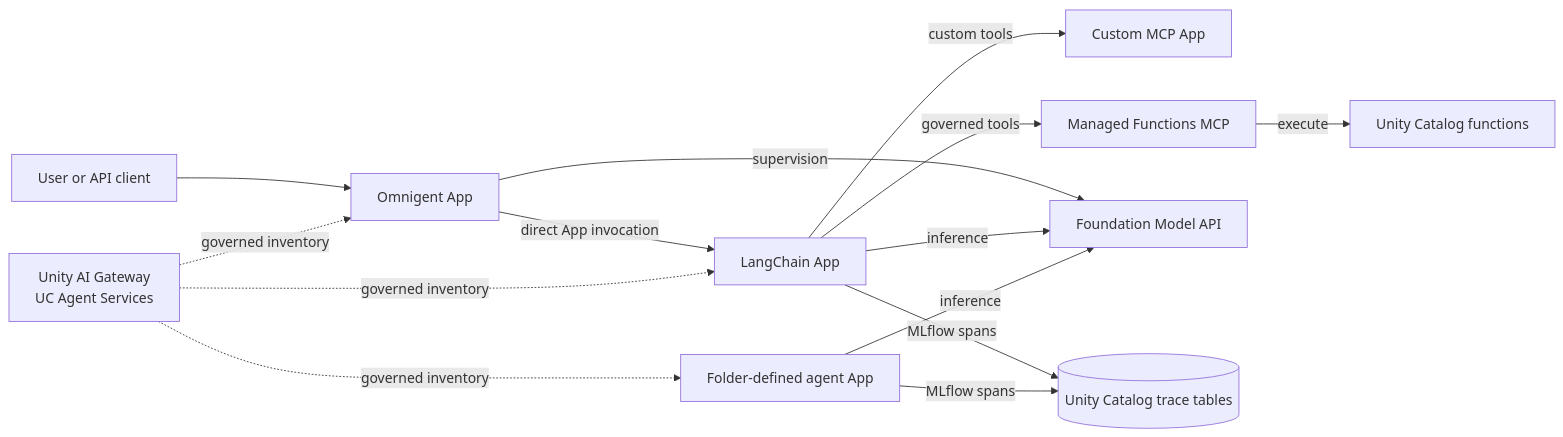
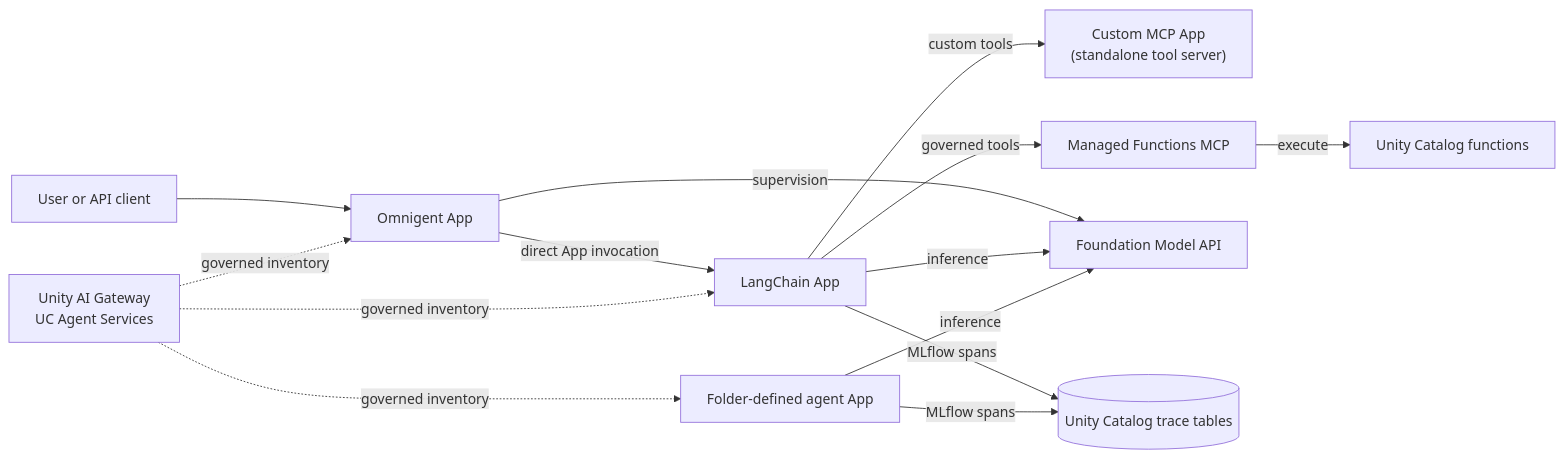
The diagram in docs/architecture/runtime-example.md (zacdav-db/databricks-agent-cicd-sandpit), drawn with Mermaid before and after one commit. The commit also changed 5 other files, not shown here.

````diff
--- a/docs/architecture/runtime-example.md
+++ b/docs/architecture/runtime-example.md
@@ -14,27 +14,27 @@
 ```mermaid
 flowchart LR
     User["User or API client"]
     Omni["Omnigent App"]
-    MCP["Custom MCP App"]
+    MCP["Custom MCP App<br/>(standalone tool server)"]
     Agent["LangChain App"]
     Generated["Folder-defined agent App"]
     Managed["Managed Functions MCP"]
     Functions["Unity Catalog functions"]
     Model["Foundation Model API"]
     Gateway["Unity AI Gateway<br/>UC Agent Services"]
     Traces[("Unity Catalog trace tables")]
 
     User --> Omni
     Omni -->|"direct App invocation"| Agent
     Agent -->|"custom tools"| MCP
     Agent -->|"governed tools"| Managed
     Managed -->|"execute"| Functions
     Omni -->|"supervision"| Model
     Agent -->|"inference"| Model
     Generated -->|"inference"| Model
     Agent -->|"MLflow spans"| Traces
     Generated -->|"MLflow spans"| Traces
     Gateway -. "governed inventory" .-> Agent
     Gateway -. "governed inventory" .-> Generated
     Gateway -. "governed inventory" .-> Omni
 ```
````
